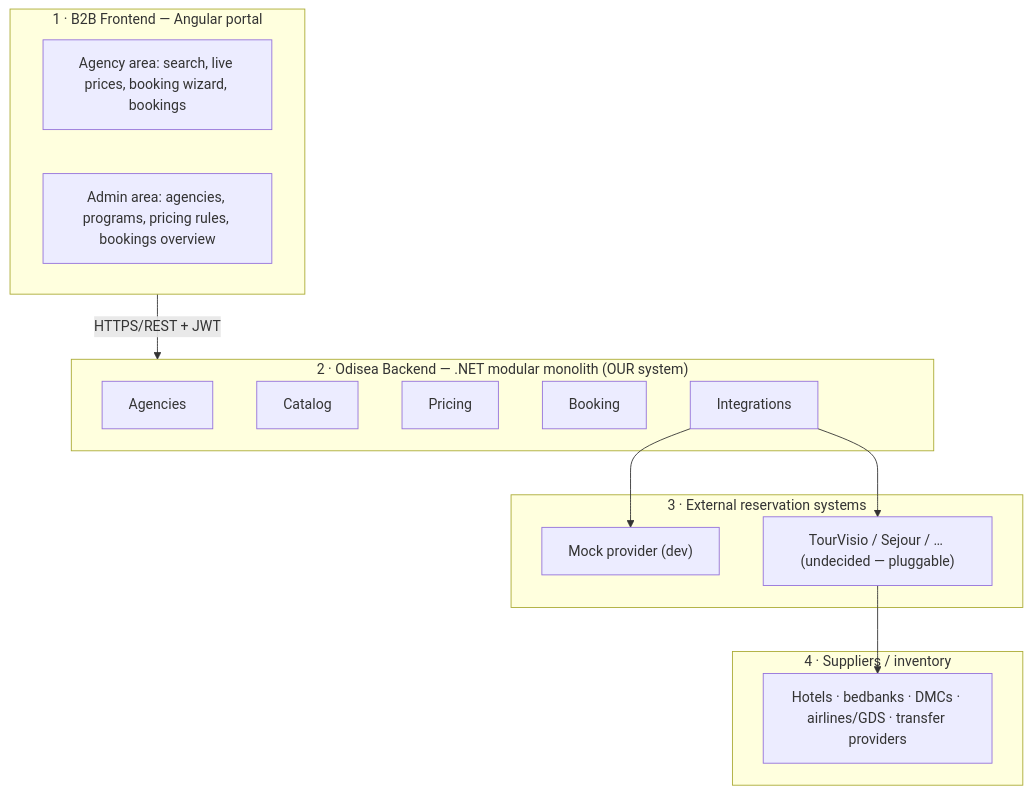
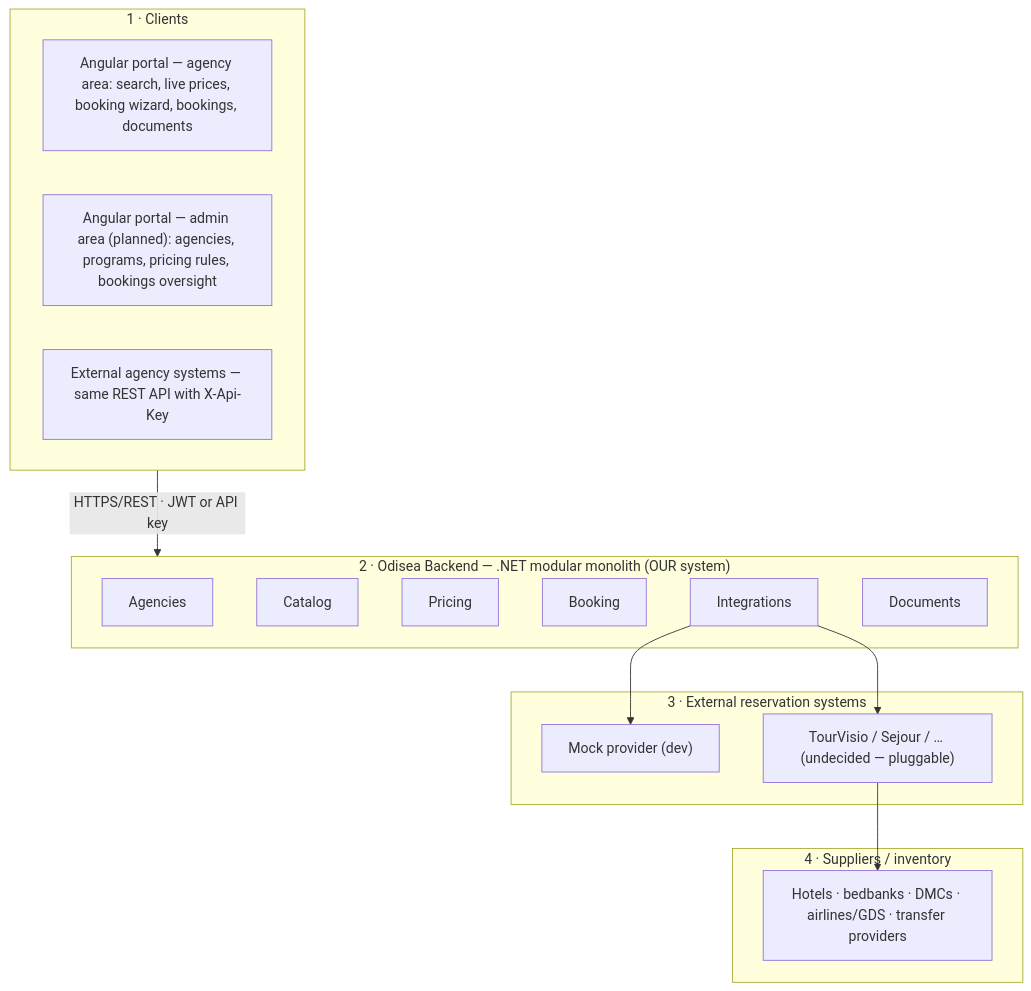
One commit to odisea-network/odisea changed the diagram in docs/ARCHITECTURE.md. Above: the diagram before and after it, drawn with Mermaid. The commit also changed other lines of this file and 5 other files, not shown here.

First line of the commit message:
docs: architecture and READMEs for the reservations MVP

````diff
--- a/docs/ARCHITECTURE.md
+++ b/docs/ARCHITECTURE.md
@@ -11,25 +11,27 @@
 ```mermaid
 flowchart TB
-    subgraph T1["1 · B2B Frontend — Angular portal"]
-        agency["Agency area: search, live prices, booking wizard, bookings"]
-        admin["Admin area: agencies, programs, pricing rules, bookings overview"]
+    subgraph T1["1 · Clients"]
+        agency["Angular portal — agency area: search, live prices, booking wizard, bookings, documents"]
+        admin["Angular portal — admin area (planned): agencies, programs, pricing rules, bookings oversight"]
+        partner["External agency systems — same REST API with X-Api-Key"]
     end
     subgraph T2["2 · Odisea Backend — .NET modular monolith (OUR system)"]
         AG[Agencies]
         CAT[Catalog]
         PRC[Pricing]
         BKG[Booking]
         INT[Integrations]
+        DOC[Documents]
     end
     subgraph T3["3 · External reservation systems"]
         MOCK["Mock provider (dev)"]
         TV["TourVisio / Sejour / … (undecided — pluggable)"]
     end
     subgraph T4["4 · Suppliers / inventory"]
         SUP["Hotels · bedbanks · DMCs · airlines/GDS · transfer providers"]
     end
-    T1 -->|HTTPS/REST + JWT| T2
+    T1 -->|HTTPS/REST · JWT or API key| T2
     INT --> MOCK
     INT --> TV
     TV --> SUP
 ```
````
